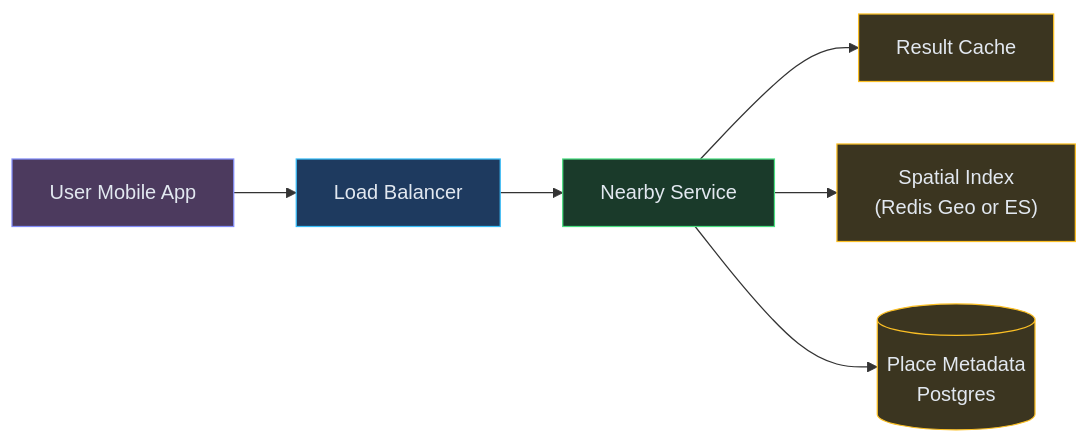
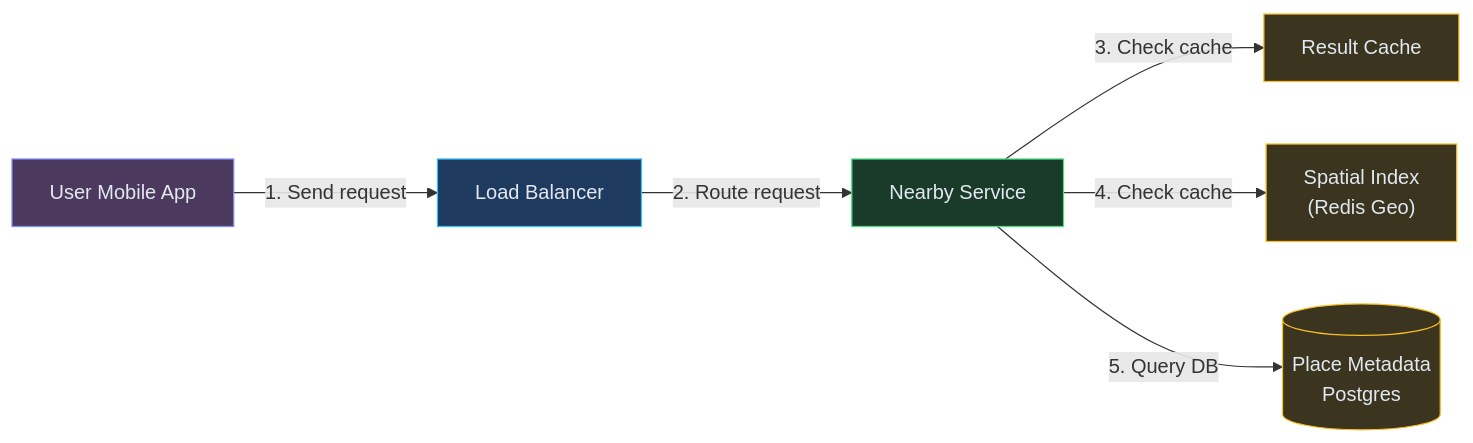
The second of 6 diagrams in content/hld/NearbyService.md (iluzn/HLD-Designs), drawn with Mermaid before and after one commit. The commit also changed other lines of this file and 27 other files, not shown here.

````diff
--- a/content/hld/NearbyService.md
+++ b/content/hld/NearbyService.md
@@ -158,20 +158,20 @@
 ```mermaid
 flowchart LR
     USER["User Mobile App"]:::client
     LB["Load Balancer"]:::edge
     NEARBY["Nearby Service"]:::service
-    GEODEX["Spatial Index<br/>(Redis Geo or ES)"]:::data
+    GEODEX["Spatial Index<br/>(Redis Geo)"]:::data
     PLACEDB[("Place Metadata<br/>Postgres")]:::data
     CACHE["Result Cache"]:::data
 
-    USER --> LB
-    LB --> NEARBY
-    NEARBY --> CACHE
-    NEARBY --> GEODEX
-    NEARBY --> PLACEDB
+    USER -->|"1. Send request"| LB
+    LB -->|"2. Route request"| NEARBY
+    NEARBY -->|"3. Check cache"| CACHE
+    NEARBY -->|"4. Check cache"| GEODEX
+    NEARBY -->|"5. Query DB"| PLACEDB
 
     classDef client fill:#4c3a5e,stroke:#818cf8,color:#e2e8f0
     classDef edge fill:#1e3a5f,stroke:#38bdf8,color:#e2e8f0
     classDef service fill:#1a3a2a,stroke:#4ade80,color:#e2e8f0
     classDef data fill:#3b3520,stroke:#fbbf24,color:#e2e8f0
 ```
````
